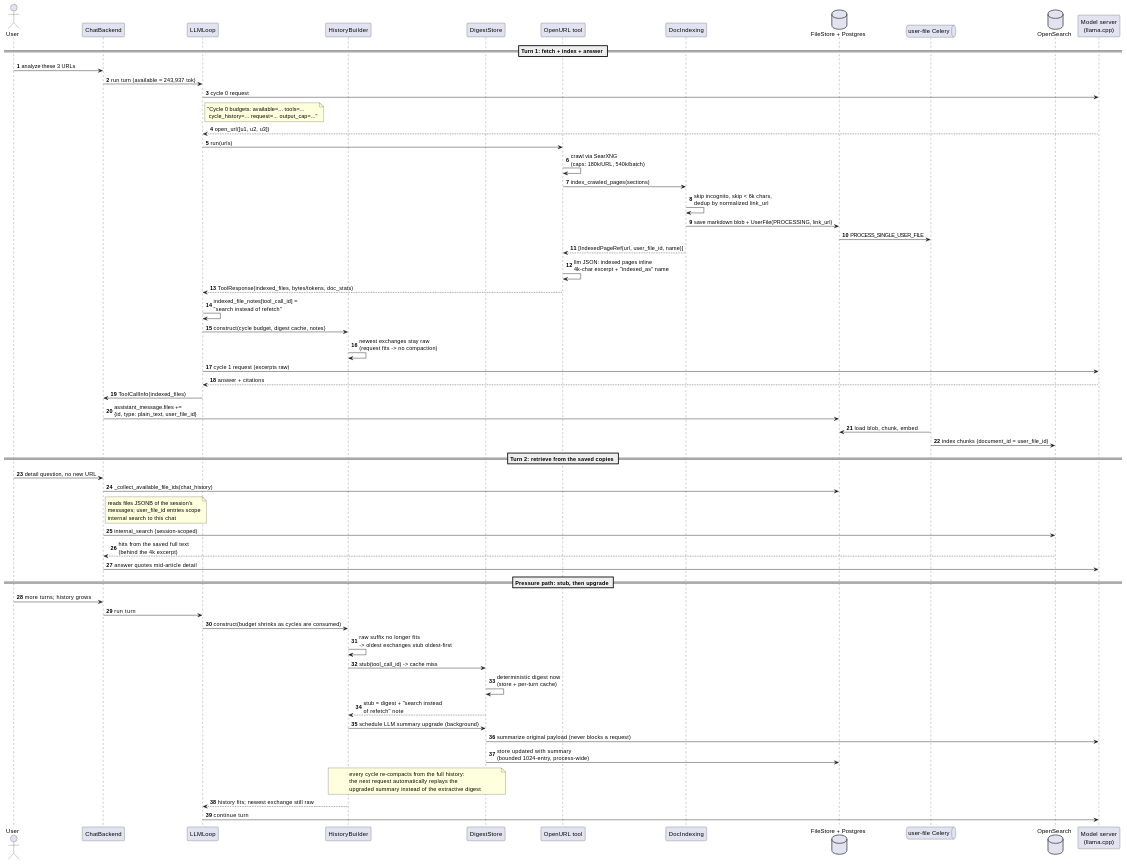
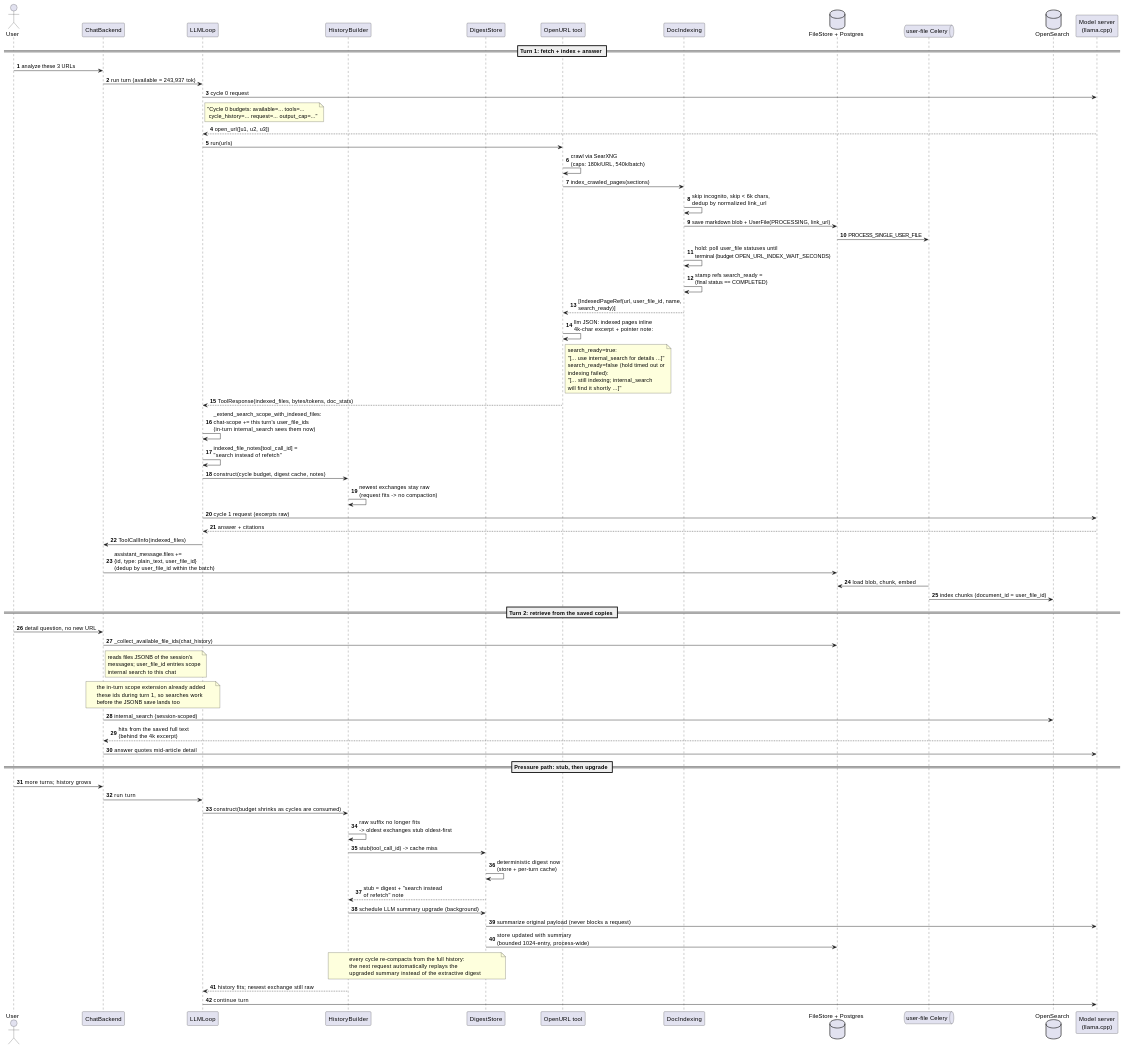
Before and after one commit to plartemyev/onyx: the first of 2 diagrams in docs/TOKEN_PRESSURE_FLOW.md, drawn with PlantUML. The commit also changed other lines of this file and 3 other files, not shown here.

First line of the commit message:
docs: indexed-crawl hold, note gating, empty-contexts investigation

```diff
--- a/docs/TOKEN_PRESSURE_FLOW.md
+++ b/docs/TOKEN_PRESSURE_FLOW.md
@@ -57,16 +62,27 @@
 IDX -> IDX: skip incognito, skip < 6k chars,\ndedup by normalized link_url
 IDX -> DB: save markdown blob + UserFile(PROCESSING, link_url)
 DB -> CEL: PROCESS_SINGLE_USER_FILE
-IDX --> OPEN: [IndexedPageRef(url, user_file_id, name)]
-OPEN -> OPEN: llm JSON: indexed pages inline\n4k-char excerpt + "indexed_as" name
+IDX -> IDX: hold: poll user_file statuses until\nterminal (budget OPEN_URL_INDEX_WAIT_SECONDS)
+IDX -> IDX: stamp refs search_ready =\n(final status == COMPLETED)
+IDX --> OPEN: [IndexedPageRef(url, user_file_id, name,\nsearch_ready)]
+OPEN -> OPEN: llm JSON: indexed pages inline\n4k-char excerpt + pointer note:
+note right of OPEN
+  search_ready=true:
+  "[... use internal_search for details ...]"
+  search_ready=false (hold timed out or
+  indexing failed):
+  "[... still indexing; internal_search
+  will find it shortly ...]"
+end note
 OPEN --> LOOP: ToolResponse(indexed_files, bytes/tokens, doc_stats)
+LOOP -> LOOP: _extend_search_scope_with_indexed_files:\nchat-scope += this turn's user_file_ids\n(in-turn internal_search sees them now)
 LOOP -> LOOP: indexed_file_notes[tool_call_id] =\n"search instead of refetch"
 LOOP -> HIST: construct(cycle budget, digest cache, notes)
 HIST -> HIST: newest exchanges stay raw\n(request fits -> no compaction)
 LOOP -> LLM: cycle 1 request (excerpts raw)
 LLM --> LOOP: answer + citations
 LOOP -> CB: ToolCallInfo(indexed_files)
-CB -> DB: assistant_message.files +=\n{id, type: plain_text, user_file_id}
+CB -> DB: assistant_message.files +=\n{id, type: plain_text, user_file_id}\n(dedup by user_file_id within the batch)
 CEL -> DB: load blob, chunk, embed
 CEL -> OS: index chunks (document_id = user_file_id)
 
@@ -78,6 +94,11 @@
   reads files JSONB of the session's
   messages; user_file_id entries scope
   internal search to this chat
+end note
+note over CB, LOOP
+  the in-turn scope extension already added
+  these ids during turn 1, so searches work
+  before the JSONB save lands too
 end note
 CB -> OS: internal_search (session-scoped)
 OS --> CB: hits from the saved full text\n(behind the 4k excerpt)
```
